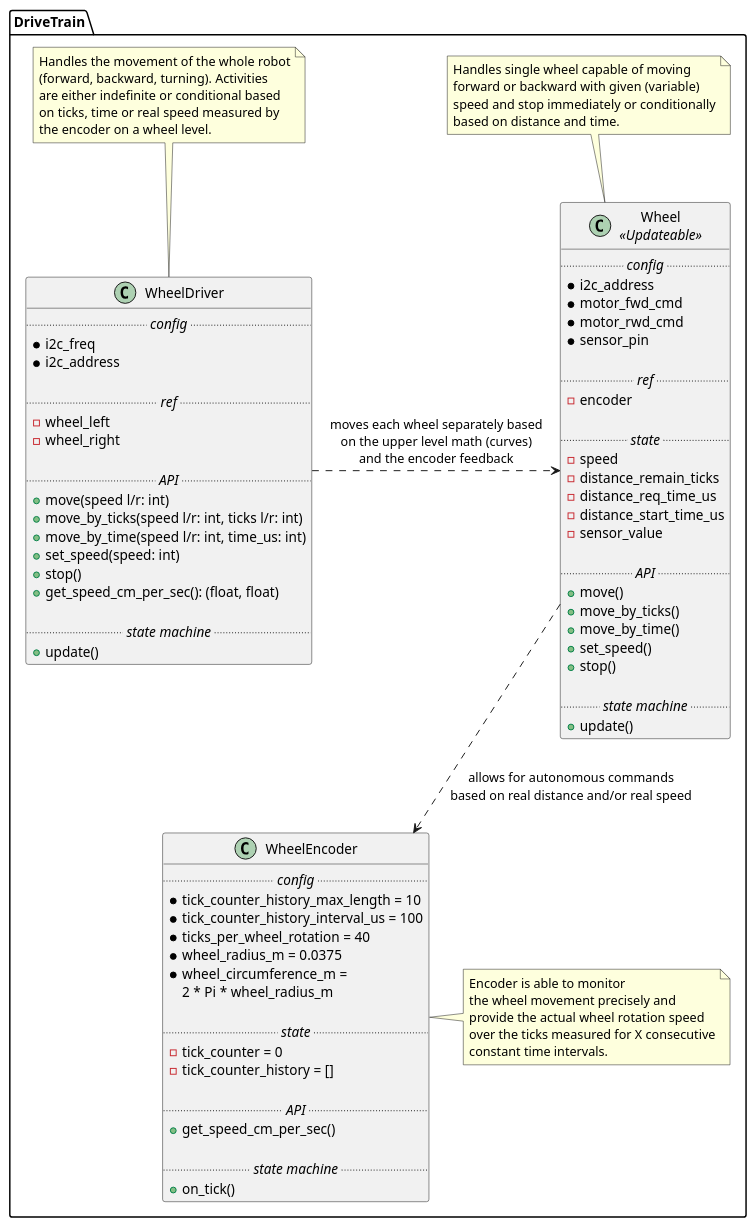
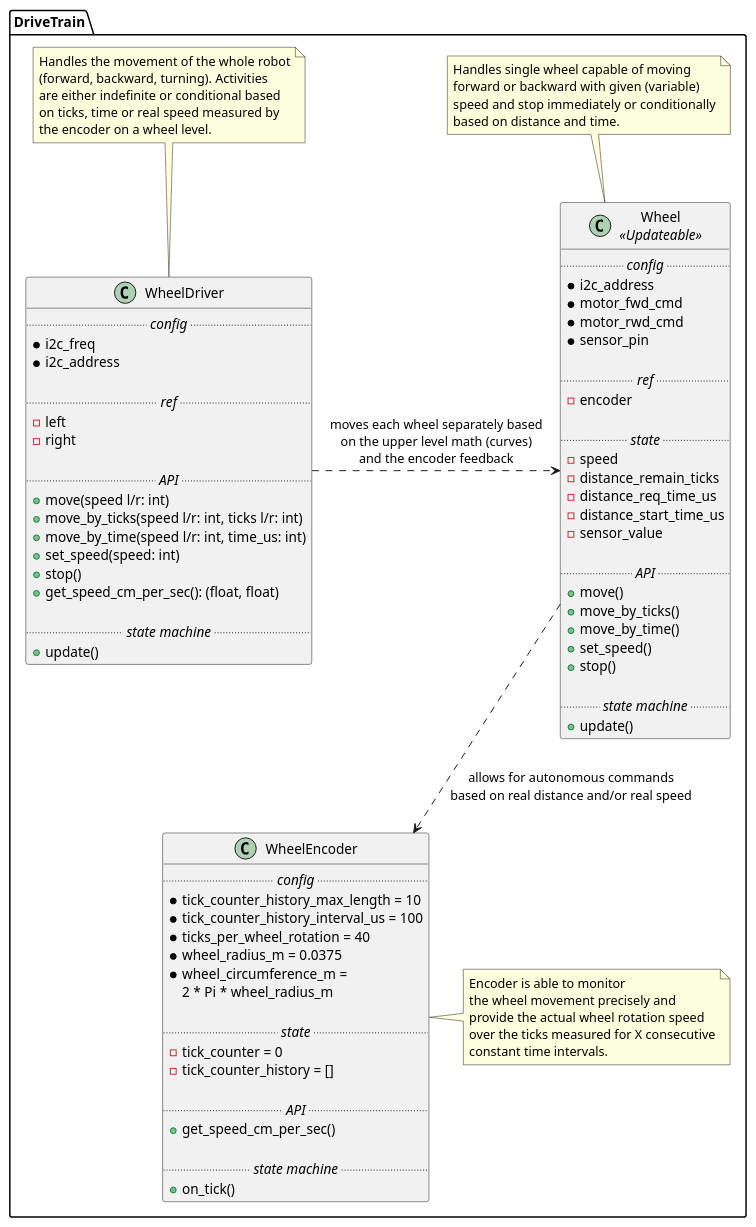
One commit to rdolejsi/robotprogramming changed the diagram in robot-core/docs/class-drivetrain.puml. Above: the diagram before and after it, drawn with PlantUML. The commit also changed 5 other files, not shown here.

```diff
--- a/robot-core/docs/class-drivetrain.puml
+++ b/robot-core/docs/class-drivetrain.puml
@@ -2,100 +2,100 @@
 @startuml
 
 namespace DriveTrain {
     class WheelDriver {
         .... //config// ....
         * i2c_freq
         * i2c_address
 
         .... //ref// ....
-        - wheel_left
-        - wheel_right
+        - left
+        - right
 
         .... //API// ....
         + move(speed l/r: int)
         + move_by_ticks(speed l/r: int, ticks l/r: int)
         + move_by_time(speed l/r: int, time_us: int)
         + set_speed(speed: int)
         + stop()
         + get_speed_cm_per_sec(): (float, float)
 
         .... //state machine// ....
         + update()
     }
 
     note top of WheelDriver
         Handles the movement of the whole robot
         (forward, backward, turning). Activities
         are either indefinite or conditional based
         on ticks, time or real speed measured by
         the encoder on a wheel level.
     end note
 
     class Wheel as "Wheel\n//<<Updateable>>//" {
         .... //config// ....
         * i2c_address
         * motor_fwd_cmd
         * motor_rwd_cmd
         * sensor_pin
 
         .... //ref// ....
         - encoder
 
         .... //state// ....
         - speed
         - distance_remain_ticks
         - distance_req_time_us
         - distance_start_time_us
         - sensor_value
 
         .... //API// ....
         + move()
         + move_by_ticks()
         + move_by_time()
         + set_speed()
         + stop()
 
         .... //state machine// ....
         + update()
     }
 
     note top of Wheel
         Handles single wheel capable of moving
         forward or backward with given (variable)
         speed and stop immediately or conditionally
         based on distance and time.
     end note
 
     class WheelEncoder {
         .... //config// ....
         * tick_counter_history_max_length = 10
         * tick_counter_history_interval_us = 100
         * ticks_per_wheel_rotation = 40
         * wheel_radius_m = 0.0375
         * wheel_circumference_m =
             2 * Pi * wheel_radius_m
 
         .... //state// ....
         - tick_counter = 0
         - tick_counter_history = []
 
         .... //API// ....
         + get_speed_cm_per_sec()
 
         .... //state machine// ....
         + on_tick()
     }
 
     note right of WheelEncoder
         Encoder is able to monitor
         the wheel movement precisely and
         provide the actual wheel rotation speed
         over the ticks measured for X consecutive
         constant time intervals.
     end note
 
     WheelDriver .right.> Wheel: "moves each wheel separately based\non the upper level math (curves)\nand the encoder feedback"
     Wheel .down.> WheelEncoder: "allows for autonomous commands\nbased on real distance and/or real speed"
 }
 
 @enduml
```
